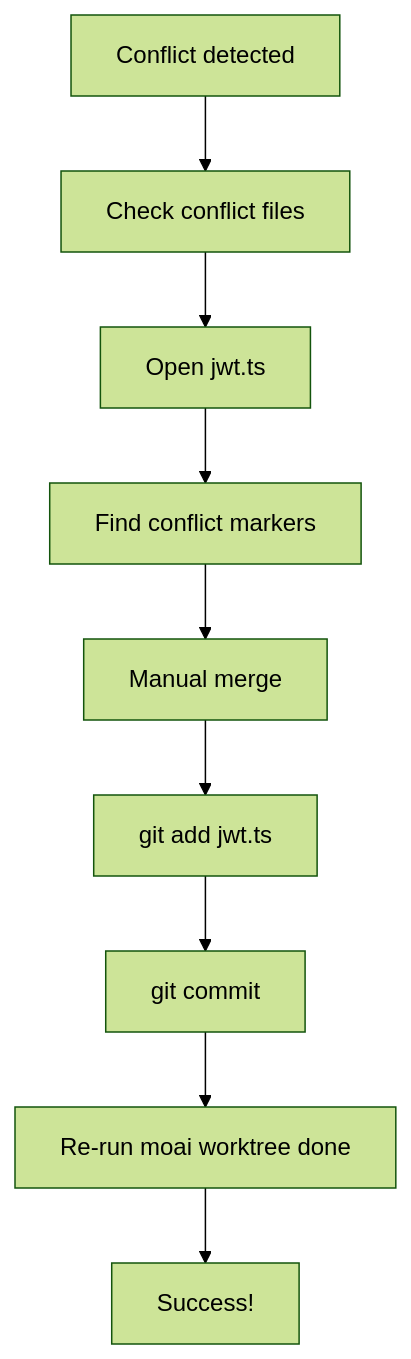
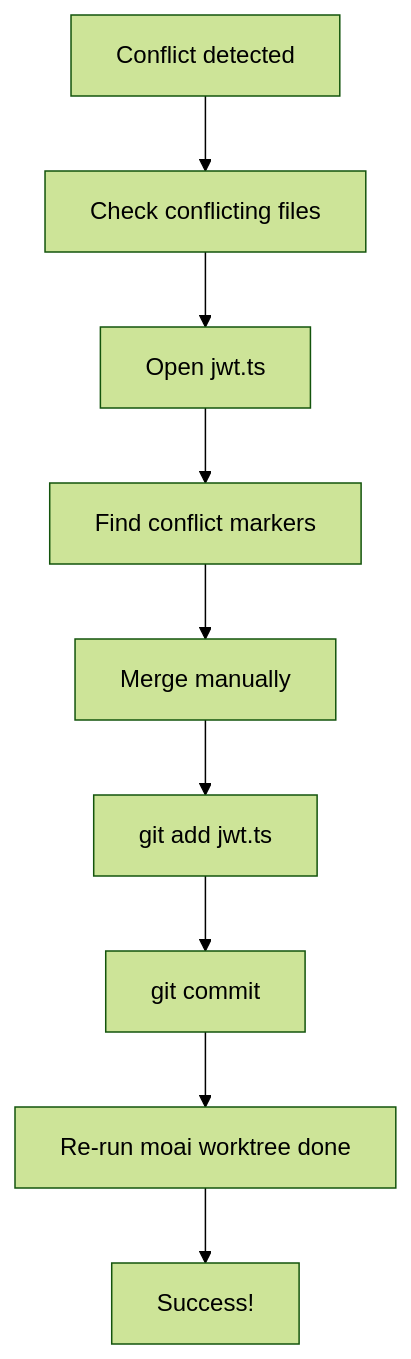
One commit to gabrielmoreira/agent-skills-mirror changed the third of 4 diagrams in mirrors/repos/modu-ai@moai-adk/docs-site/content/en/worktree/examples.md. Above: the diagram before and after it, drawn with Mermaid (forest theme). The commit also changed other lines of this file and 2470 other files, not shown here.

````diff
--- a/mirrors/repos/modu-ai@moai-adk/docs-site/content/en/worktree/examples.md
+++ b/mirrors/repos/modu-ai@moai-adk/docs-site/content/en/worktree/examples.md
@@ -401,11 +409,11 @@
 ```mermaid
 flowchart TD
-    A[Conflict detected] --> B[Check conflict files]
+    A[Conflict detected] --> B[Check conflicting files]
     B --> C[Open jwt.ts]
     C --> D[Find conflict markers]
-    D --> E[Manual merge]
+    D --> E[Merge manually]
     E --> F[git add jwt.ts]
     F --> G[git commit]
     G --> H[Re-run moai worktree done]
     H --> I[Success!]
 ```
````
